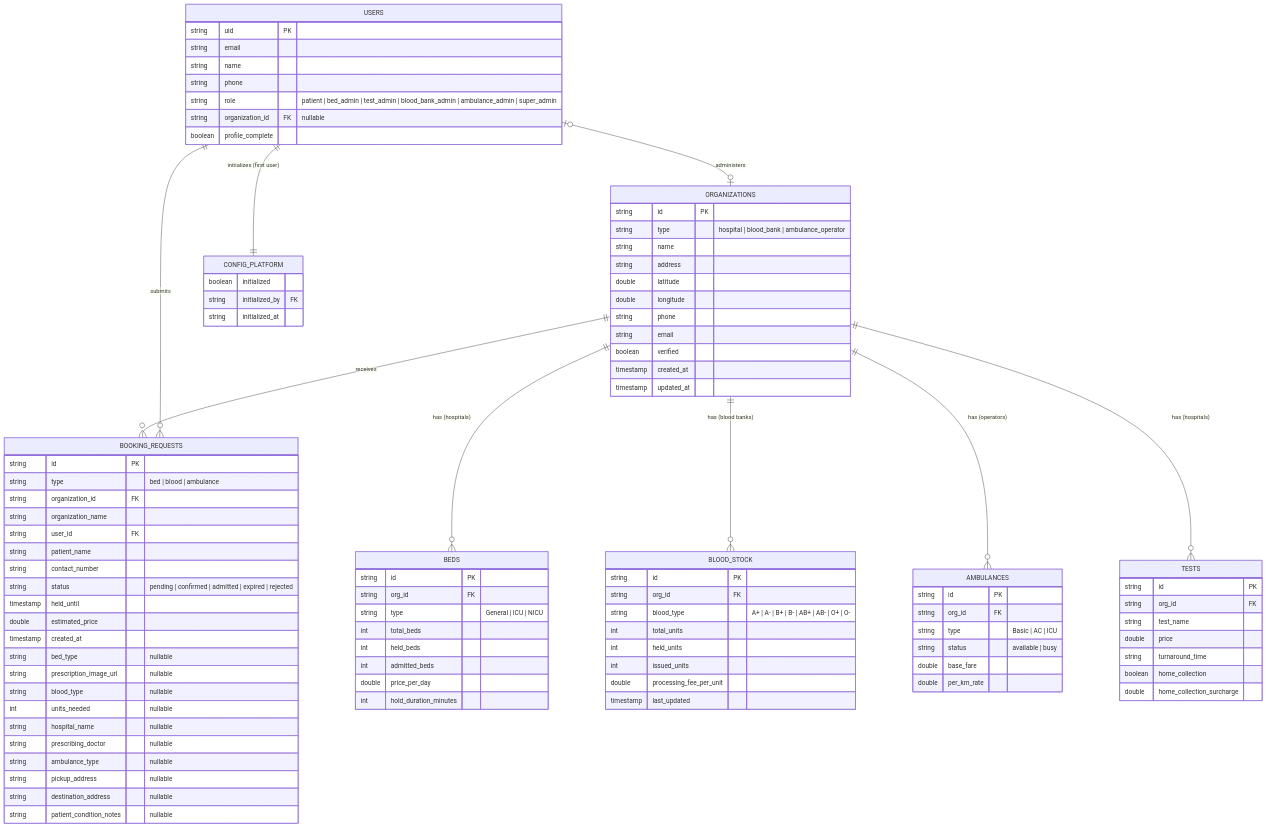
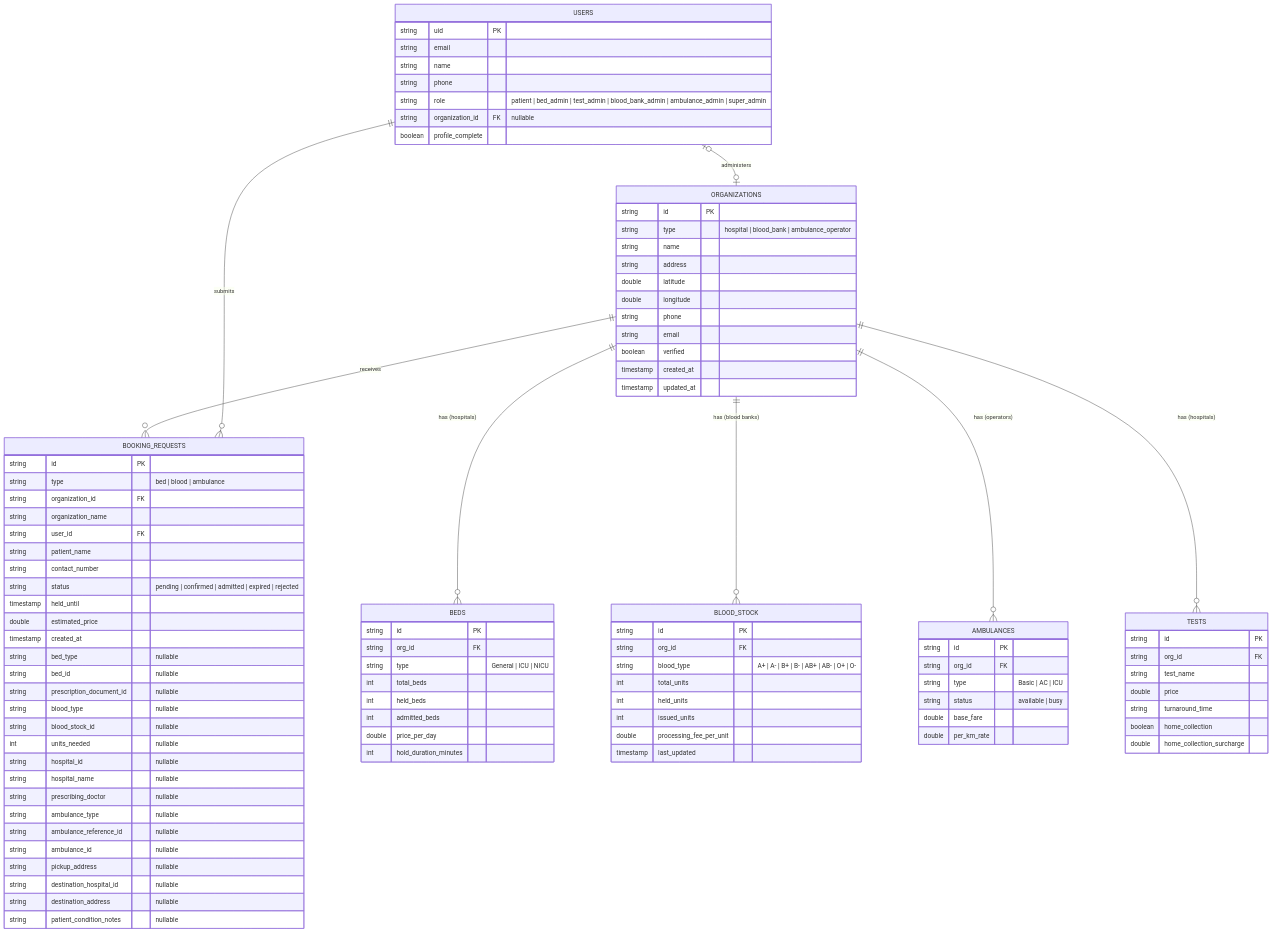
The seventh of 14 diagrams in SDP_Report_Diagrams.md (Aurorabtw/emergency-health-services), drawn with Mermaid before and after one commit. The commit also changed other lines of this file and 22 other files, not shown here.

````diff
--- a/SDP_Report_Diagrams.md
+++ b/SDP_Report_Diagrams.md
@@ -374,13 +371,19 @@
         double estimated_price
         timestamp created_at
         string bed_type "nullable"
-        string prescription_image_url "nullable"
+        string bed_id "nullable"
+        string prescription_document_id "nullable"
         string blood_type "nullable"
+        string blood_stock_id "nullable"
         int units_needed "nullable"
+        string hospital_id "nullable"
         string hospital_name "nullable"
         string prescribing_doctor "nullable"
         string ambulance_type "nullable"
+        string ambulance_reference_id "nullable"
+        string ambulance_id "nullable"
         string pickup_address "nullable"
+        string destination_hospital_id "nullable"
         string destination_address "nullable"
         string patient_condition_notes "nullable"
     }
@@ -395,12 +398,6 @@
         boolean profile_complete
     }
 
-    CONFIG_PLATFORM {
-        boolean initialized
-        string initialized_by FK
-        string initialized_at
-    }
-
     ORGANIZATIONS ||--o{ BEDS : "has (hospitals)"
     ORGANIZATIONS ||--o{ BLOOD_STOCK : "has (blood banks)"
     ORGANIZATIONS ||--o{ AMBULANCES : "has (operators)"
@@ -408,5 +405,4 @@
     ORGANIZATIONS ||--o{ BOOKING_REQUESTS : "receives"
     USERS ||--o{ BOOKING_REQUESTS : "submits"
     USERS |o--o| ORGANIZATIONS : "administers"
-    USERS ||--|| CONFIG_PLATFORM : "initializes (first user)"
 ```
````
